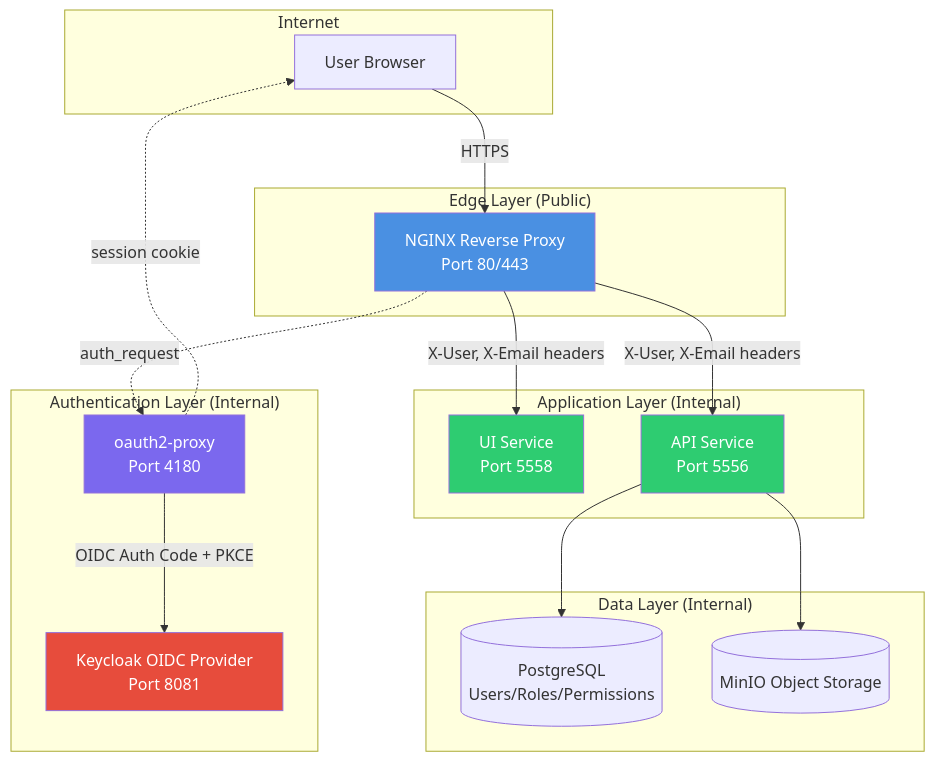
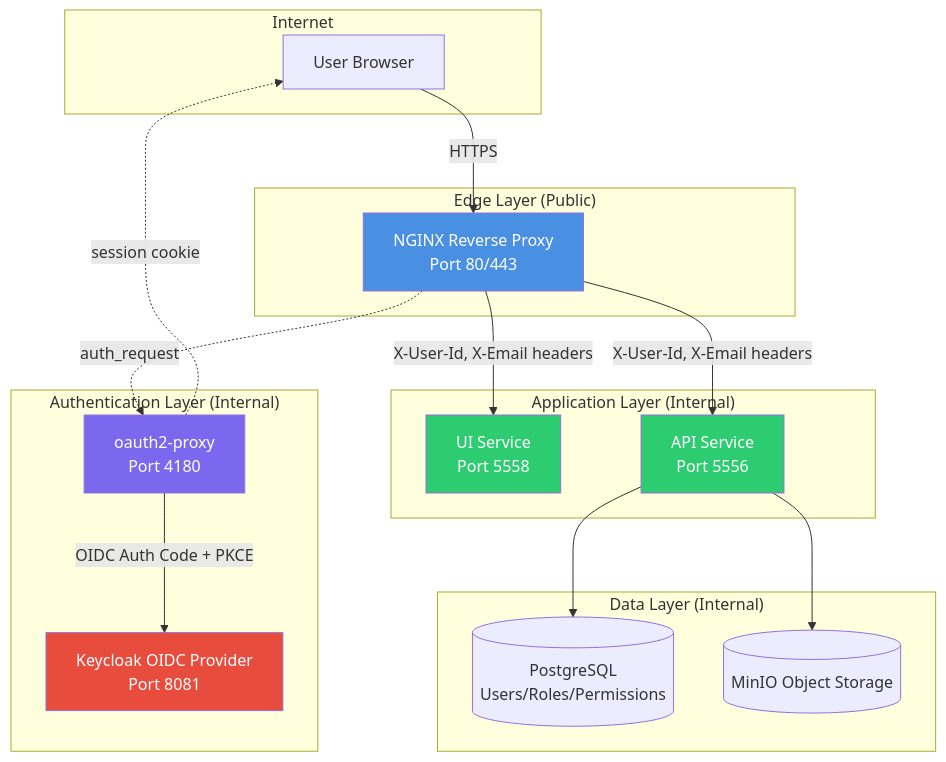
One commit to veep2012/flow_gen2_frontend changed the first of 3 diagrams in documentation/auth_architecture.md. Above: the diagram before and after it, drawn with Mermaid. The commit also changed other lines of this file and 6 other files, not shown here.

````diff
--- a/documentation/auth_architecture.md
+++ b/documentation/auth_architecture.md
@@ -42,41 +42,41 @@
 ```mermaid
 flowchart TB
     subgraph Internet
         user[User Browser]
     end
     
     subgraph "Edge Layer (Public)"
         nginx[NGINX Reverse Proxy<br/>Port 80/443]
     end
     
     subgraph "Authentication Layer (Internal)"
         oauth2[oauth2-proxy<br/>Port 4180]
         keycloak[Keycloak OIDC Provider<br/>Port 8081]
     end
     
     subgraph "Application Layer (Internal)"
         ui[UI Service<br/>Port 5558]
         api[API Service<br/>Port 5556]
     end
     
     subgraph "Data Layer (Internal)"
         postgres[(PostgreSQL<br/>Users/Roles/Permissions)]
         minio[(MinIO Object Storage)]
     end
     
     user -->|HTTPS| nginx
     nginx -.->|auth_request| oauth2
     oauth2 -->|OIDC Auth Code + PKCE| keycloak
-    nginx -->|X-User, X-Email headers| ui
-    nginx -->|X-User, X-Email headers| api
+    nginx -->|X-User-Id, X-Email headers| ui
+    nginx -->|X-User-Id, X-Email headers| api
     api --> postgres
     api --> minio
     
     oauth2 -.->|session cookie| user
     
     style nginx fill:#4a90e2,color:#fff
     style oauth2 fill:#7b68ee,color:#fff
     style keycloak fill:#e74c3c,color:#fff
     style api fill:#2ecc71,color:#fff
     style ui fill:#2ecc71,color:#fff
 ```
````
